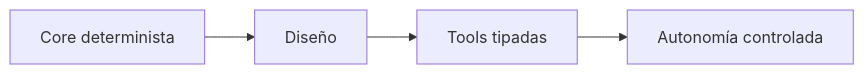
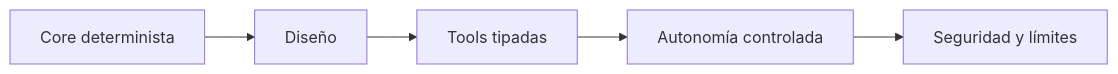
Before and after one commit to aldoapicella/utp-schedule-agent-lab: the diagram in docs/presentation_structure.md, drawn with Mermaid. The commit also changed other lines of this file and 20 other files, not shown here.

````diff
--- a/docs/presentation_structure.md
+++ b/docs/presentation_structure.md
@@ -20,6 +20,7 @@
 ```mermaid
 flowchart LR
   A["Core determinista"] --> B["Diseño"]
   B --> C["Tools tipadas"]
   C --> D["Autonomía controlada"]
+  D --> E["Seguridad y límites"]
 ```
````
